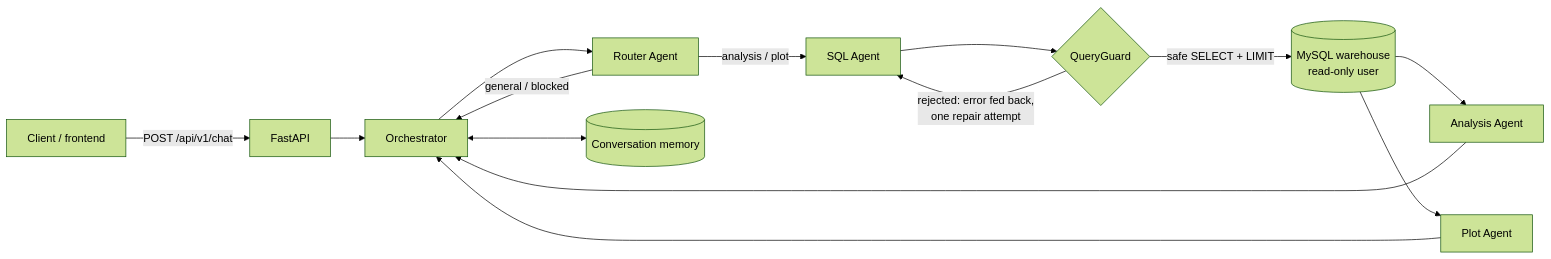
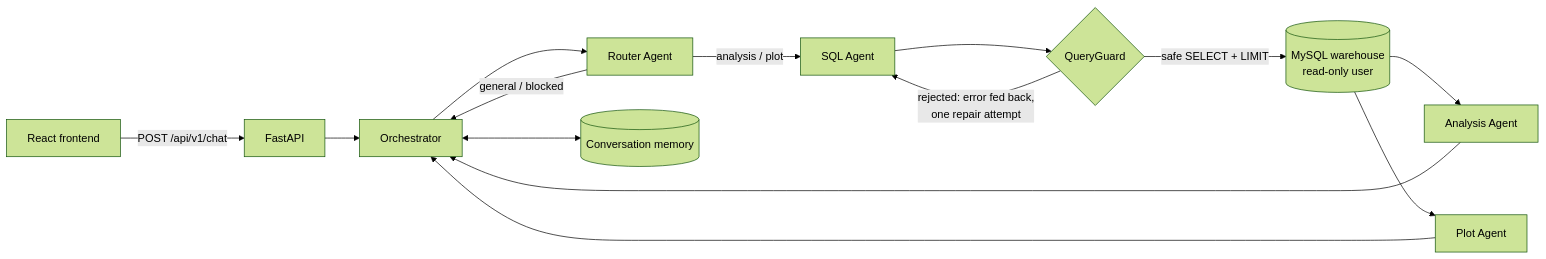
Before and after one commit to amjaddwikat/ask-your-database: the diagram in README.md, drawn with Mermaid (forest theme). The commit also changed other lines of this file and 102 other files, not shown here.

First line of the commit message:
Add the React frontend, ported to the /api/v1/chat endpoint

````diff
--- a/README.md
+++ b/README.md
@@ -17,16 +17,16 @@
 ```mermaid
 flowchart LR
-    C[Client / frontend] -->|POST /api/v1/chat| API[FastAPI]
+    C[React frontend] -->|POST /api/v1/chat| API[FastAPI]
     API --> O[Orchestrator]
     O --> R[Router Agent]
     R -->|general / blocked| O
     R -->|analysis / plot| S[SQL Agent]
     S --> G{QueryGuard}
     G -->|rejected: error fed back,<br/>one repair attempt| S
     G -->|safe SELECT + LIMIT| W[(MySQL warehouse<br/>read-only user)]
     W --> A[Analysis Agent]
     W --> P[Plot Agent]
     A --> O
     P --> O
     O <--> M[(Conversation memory)]
 ```
````
